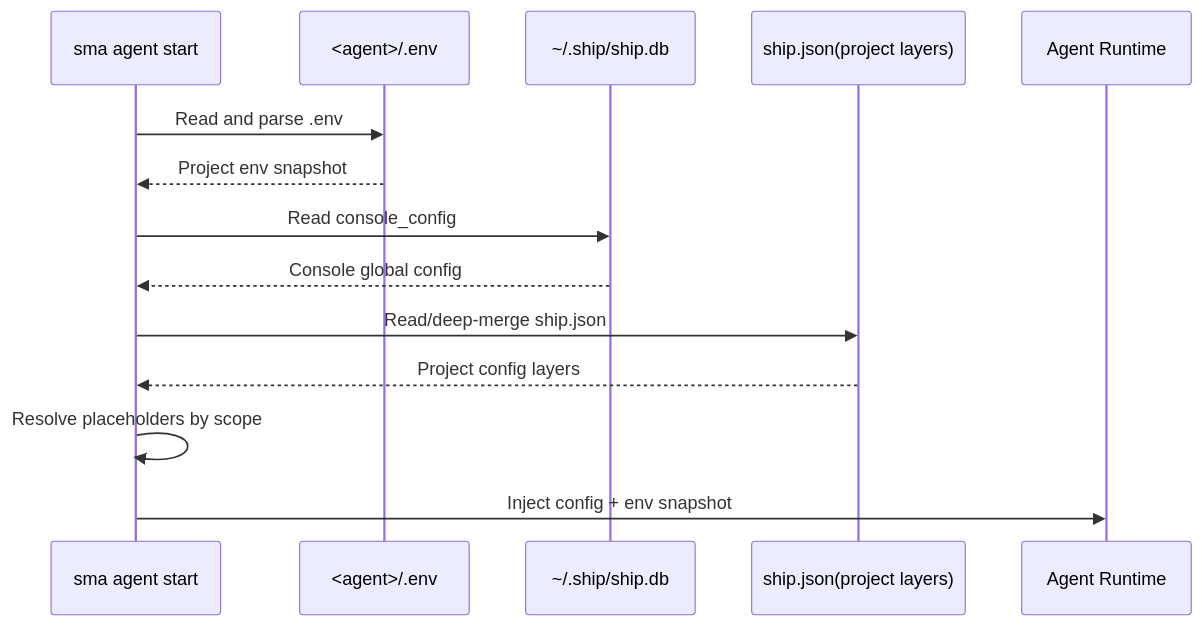
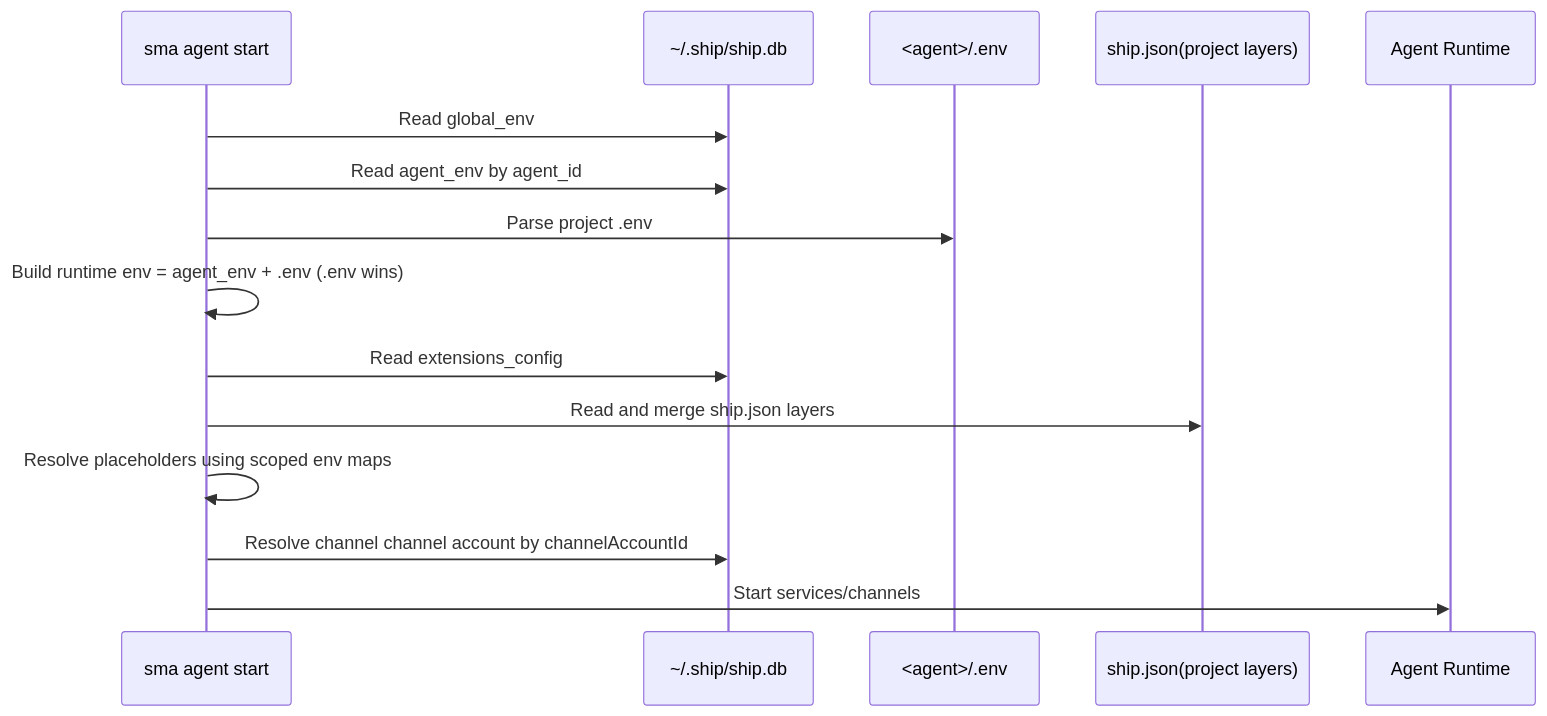
One commit to wangenius/downcity changed the first of 2 diagrams in homepage/content/docs/en/configuration/environment-variables.mdx. Above: the diagram before and after it, drawn with Mermaid. The commit also changed other lines of this file and 127 other files, not shown here.

````diff
--- a/homepage/content/docs/en/configuration/environment-variables.mdx
+++ b/homepage/content/docs/en/configuration/environment-variables.mdx
@@ -101,17 +36,18 @@
 ```mermaid
 sequenceDiagram
   participant CLI as sma agent start
+  participant DB as ~/.ship/ship.db
   participant ENV as <agent>/.env
-  participant DB as ~/.ship/ship.db
   participant JSON as ship.json(project layers)
   participant RT as Agent Runtime
 
-  CLI->>ENV: Read and parse .env
-  ENV-->>CLI: Project env snapshot
-  CLI->>DB: Read console_config
-  DB-->>CLI: Console global config
-  CLI->>JSON: Read/deep-merge ship.json
-  JSON-->>CLI: Project config layers
-  CLI->>CLI: Resolve placeholders by scope
-  CLI->>RT: Inject config + env snapshot
+  CLI->>DB: Read global_env
+  CLI->>DB: Read agent_env by agent_id
+  CLI->>ENV: Parse project .env
+  CLI->>CLI: Build runtime env = agent_env + .env (.env wins)
+  CLI->>DB: Read extensions_config
+  CLI->>JSON: Read and merge ship.json layers
+  CLI->>CLI: Resolve placeholders using scoped env maps
+  CLI->>DB: Resolve channel channel account by channelAccountId
+  CLI->>RT: Start services/channels
 ```
````
